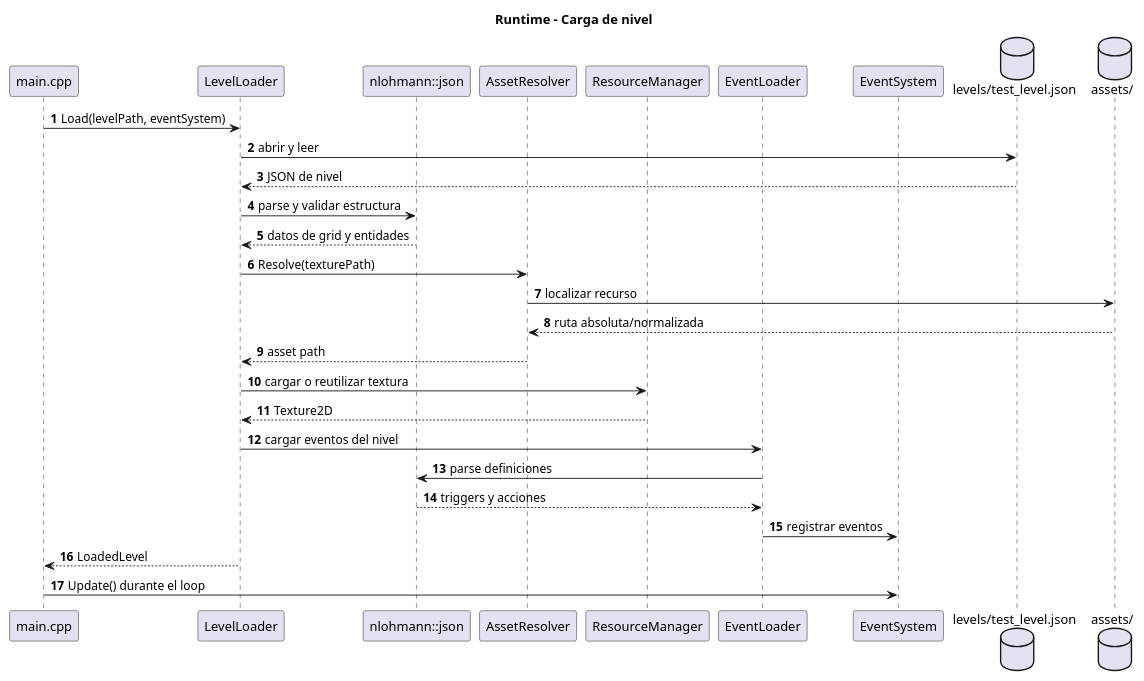
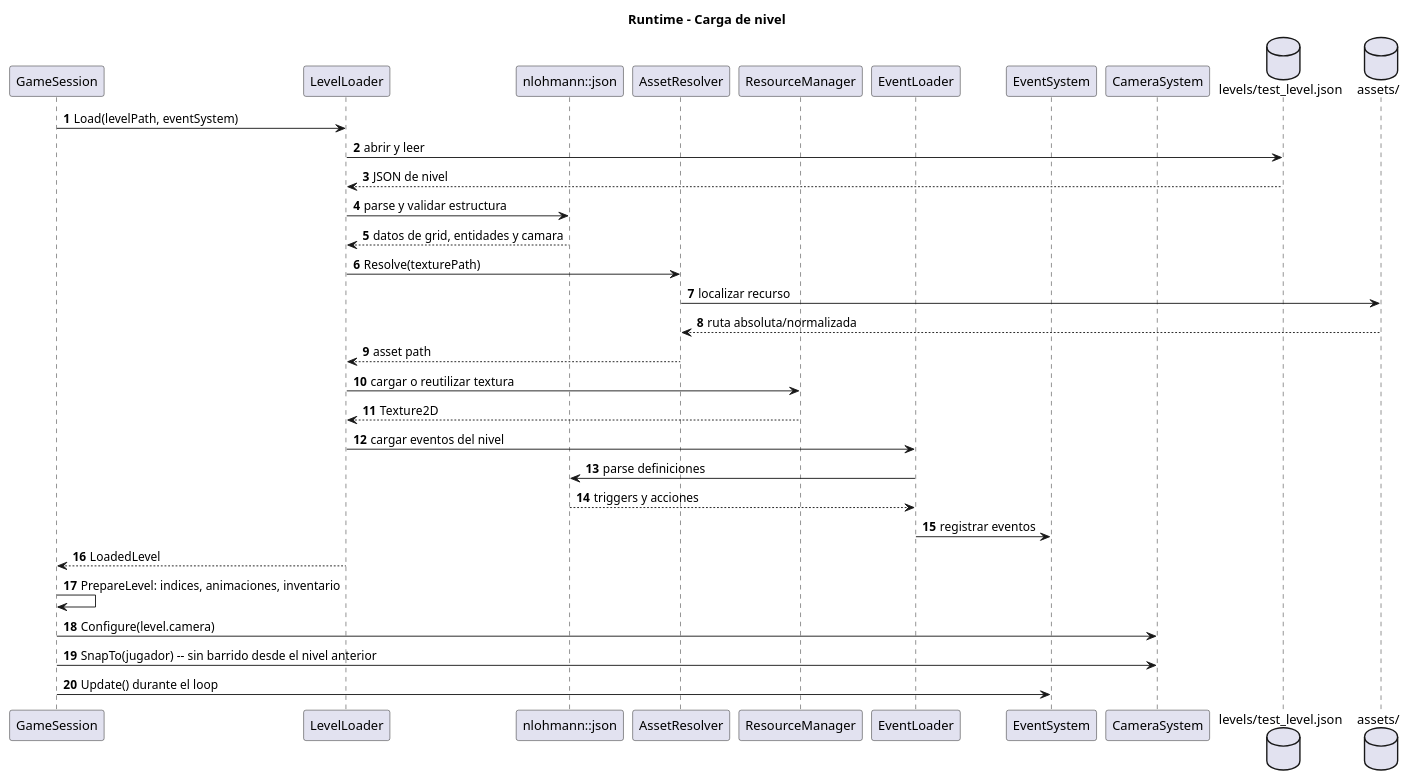
Before and after one commit to dannn-36/HoneyCombEngine-PlataformaNoCode-2.5D: the diagram in docs/architecture/runtime-level-loading.puml, drawn with PlantUML. The commit also changed 19 other files, not shown here.

```diff
--- a/docs/architecture/runtime-level-loading.puml
+++ b/docs/architecture/runtime-level-loading.puml
@@ -1,32 +1,36 @@
 @startuml runtime-level-loading
 title Runtime - Carga de nivel
 autonumber
 
-participant "main.cpp" as main
+participant "GameSession" as main
 participant "LevelLoader" as loader
 participant "nlohmann::json" as json
 participant "AssetResolver" as resolver
 participant "ResourceManager" as resources
 participant "EventLoader" as eventLoader
 participant "EventSystem" as events
+participant "CameraSystem" as camera
 database "levels/test_level.json" as levelFile
 database "assets/" as assets
 
 main -> loader : Load(levelPath, eventSystem)
 loader -> levelFile : abrir y leer
 levelFile --> loader : JSON de nivel
 loader -> json : parse y validar estructura
-json --> loader : datos de grid y entidades
+json --> loader : datos de grid, entidades y camara
 loader -> resolver : Resolve(texturePath)
 resolver -> assets : localizar recurso
 assets --> resolver : ruta absoluta/normalizada
 resolver --> loader : asset path
 loader -> resources : cargar o reutilizar textura
 resources --> loader : Texture2D
 loader -> eventLoader : cargar eventos del nivel
 eventLoader -> json : parse definiciones
 json --> eventLoader : triggers y acciones
 eventLoader -> events : registrar eventos
 loader --> main : LoadedLevel
+main -> main : PrepareLevel: indices, animaciones, inventario
+main -> camera : Configure(level.camera)
+main -> camera : SnapTo(jugador) -- sin barrido desde el nivel anterior
 main -> events : Update() durante el loop
 @enduml
```
